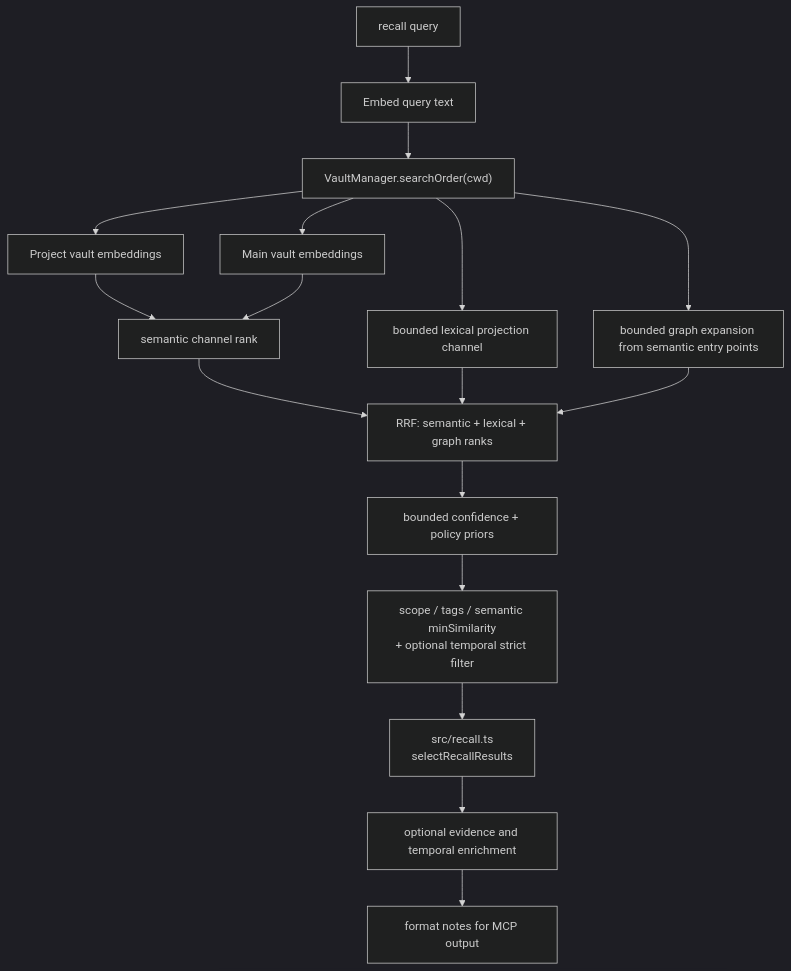
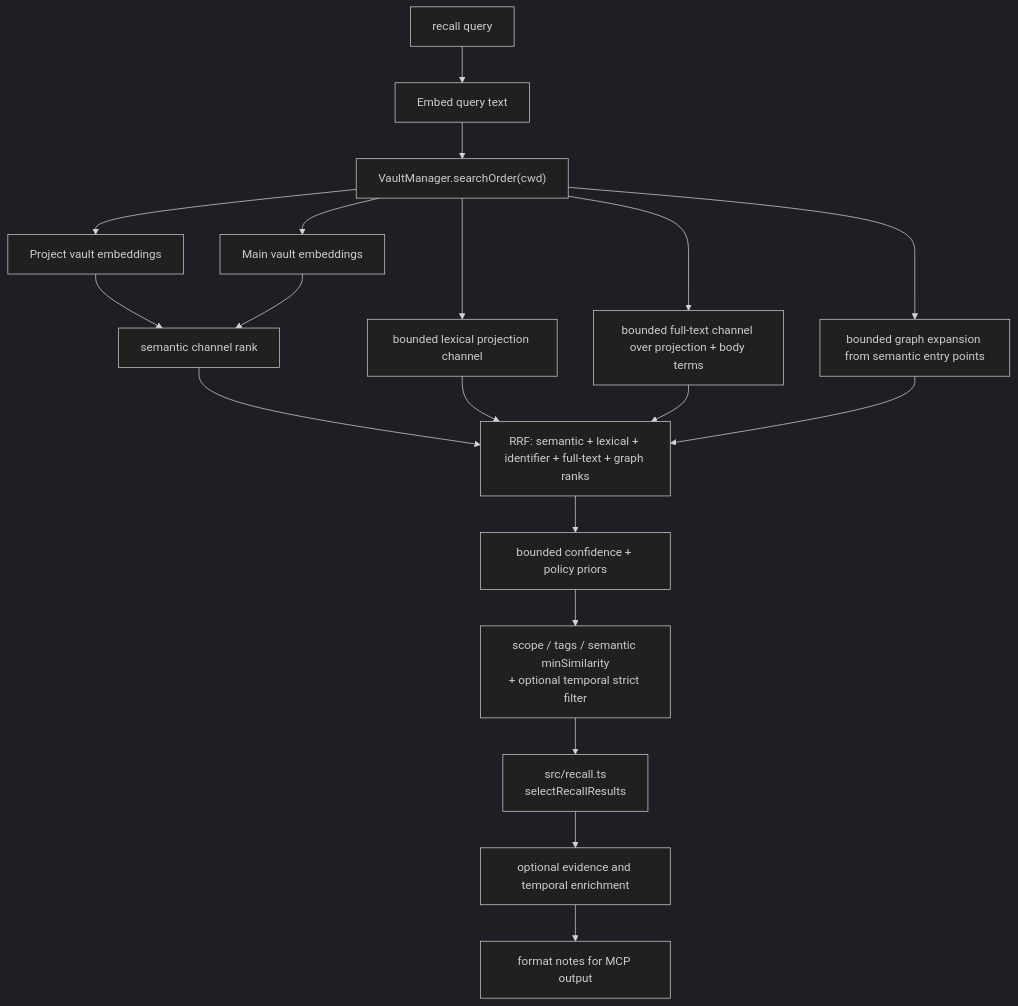
Before and after one commit to danielmarbach/mnemonic: the third of 3 diagrams in ARCHITECTURE.md, drawn with Mermaid (dark theme). The commit also changed other lines of this file and 20 other files, not shown here.

````diff
--- a/ARCHITECTURE.md
+++ b/ARCHITECTURE.md
@@ -110,19 +110,21 @@
 ```mermaid
 flowchart TD
     Query[recall query] --> Embed[Embed query text]
     Embed --> Search[VaultManager.searchOrder#40;cwd#41;]
     Search --> ProjectEmbeddings[Project vault embeddings]
     Search --> MainEmbeddings[Main vault embeddings]
     ProjectEmbeddings --> Semantic[semantic channel rank]
     MainEmbeddings --> Semantic
     Search --> Lexical[bounded lexical projection channel]
+    Search --> FullText[bounded full-text channel over projection + body terms]
     Search --> Graph[bounded graph expansion from semantic entry points]
-    Semantic --> Fusion[RRF: semantic + lexical + graph ranks]
+    Semantic --> Fusion[RRF: semantic + lexical + identifier + full-text + graph ranks]
     Lexical --> Fusion
+    FullText --> Fusion
     Graph --> Fusion
     Fusion --> Rank[bounded confidence + policy priors]
     Rank --> Filter[scope / tags / semantic minSimilarity\n+ optional temporal strict filter]
     Filter --> Select[src/recall.ts\nselectRecallResults]
     Select --> Enrich[optional evidence and temporal enrichment]
     Enrich --> Format[format notes for MCP output]
 ```
````
